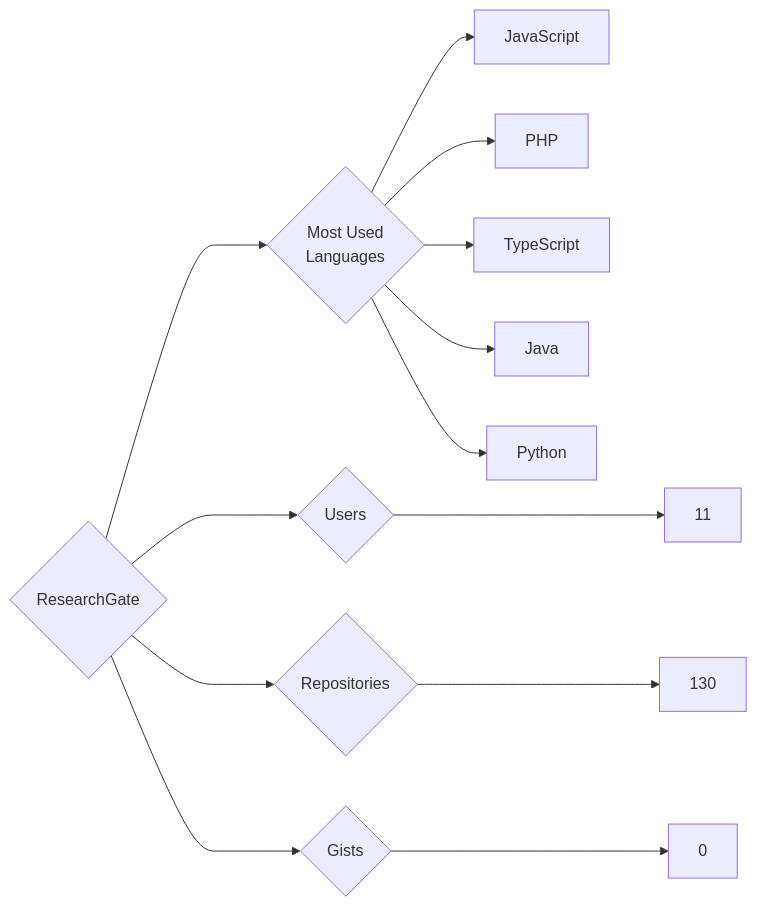
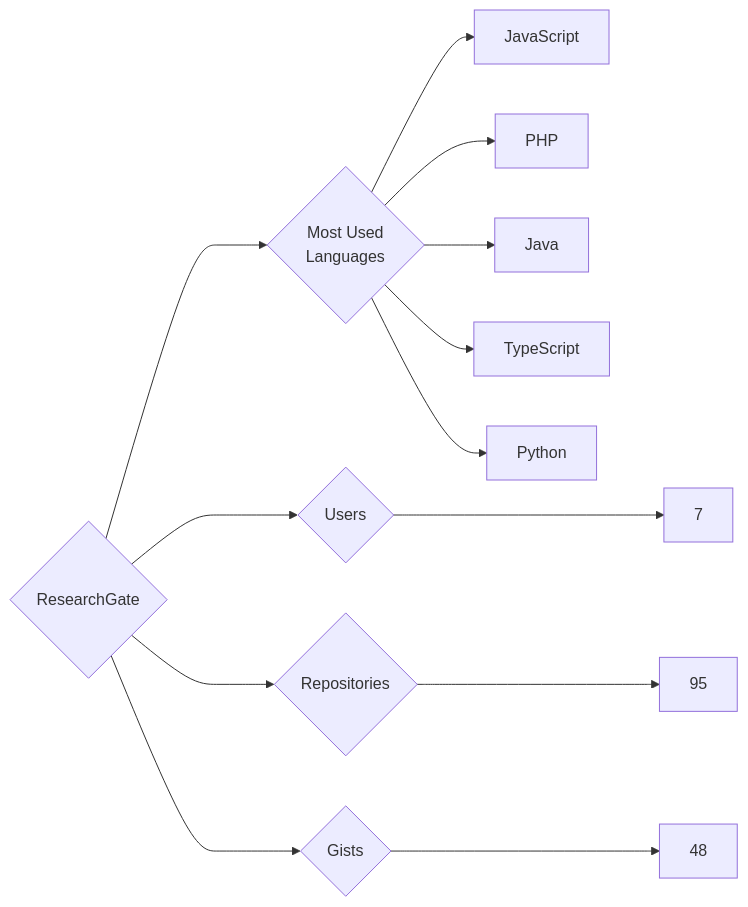
Before and after one commit to trickest/insiders: the diagram in targets/ResearchGate/README.md, drawn with Mermaid. The commit also changed 997 other files, not shown here.

````diff
--- a/targets/ResearchGate/README.md
+++ b/targets/ResearchGate/README.md
@@ -3,13 +3,13 @@
 ```mermaid
 graph LR
 COMPANY_NAME{ResearchGate}
-COMPANY_NAME ---> U{Users} ---> UN[11]
-COMPANY_NAME ---> R{Repositories} ---> RN[130]
-COMPANY_NAME ---> G{Gists} ---> GN[0]
+COMPANY_NAME ---> U{Users} ---> UN[7]
+COMPANY_NAME ---> R{Repositories} ---> RN[95]
+COMPANY_NAME ---> G{Gists} ---> GN[48]
 COMPANY_NAME ---> ML{Most Used<br>Languages}
-ML --> JavaScript
-ML --> PHP
-ML --> TypeScript
-ML --> Java
-ML --> Python
+ML --> JavaScript[JavaScript]
+ML --> PHP[PHP]
+ML --> Java[Java]
+ML --> TypeScript[TypeScript]
+ML --> Python[Python]
 ```
````
